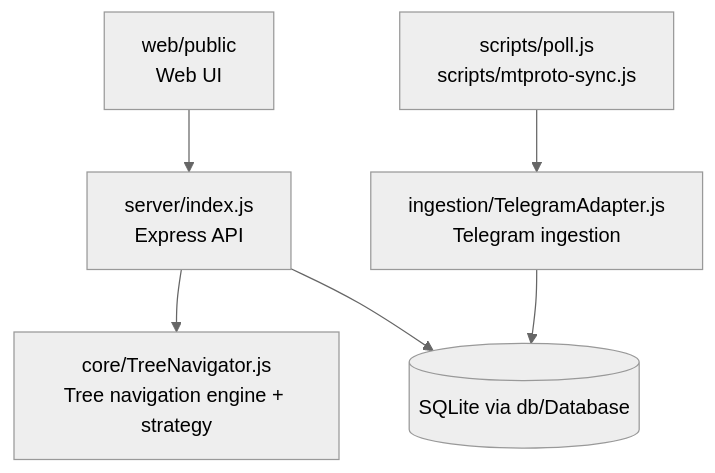
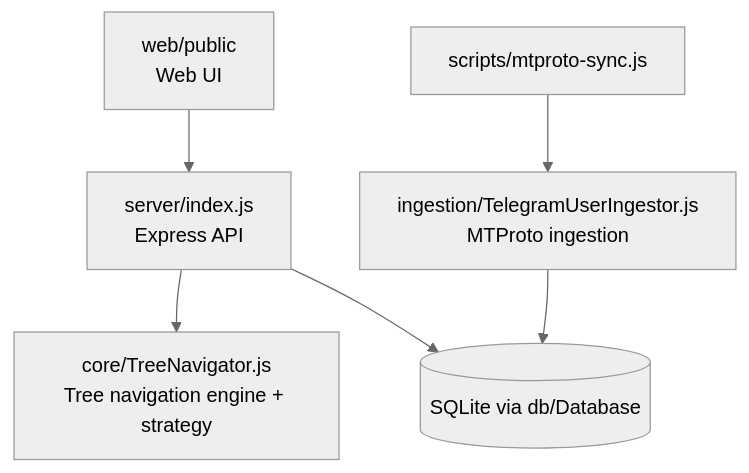
The diagram in docs/architecture.mmd (graywzc/knowledge-portal), drawn with Mermaid (neutral theme) before and after one commit. The commit also changed 10 other files, not shown here.

```diff
--- a/docs/architecture.mmd
+++ b/docs/architecture.mmd
@@ -1,6 +1,6 @@
 graph TD
   UI[web/public<br/>Web UI] --> API[server/index.js<br/>Express API]
   API --> CORE[core/TreeNavigator.js<br/>Tree navigation engine + strategy]
   API --> DB[(SQLite via db/Database)]
-  INGEST[ingestion/TelegramAdapter.js<br/>Telegram ingestion] --> DB
-  SCRIPTS[scripts/poll.js<br/>scripts/mtproto-sync.js] --> INGEST
+  INGEST[ingestion/TelegramUserIngestor.js<br/>MTProto ingestion] --> DB
+  SCRIPTS[scripts/mtproto-sync.js] --> INGEST
```
